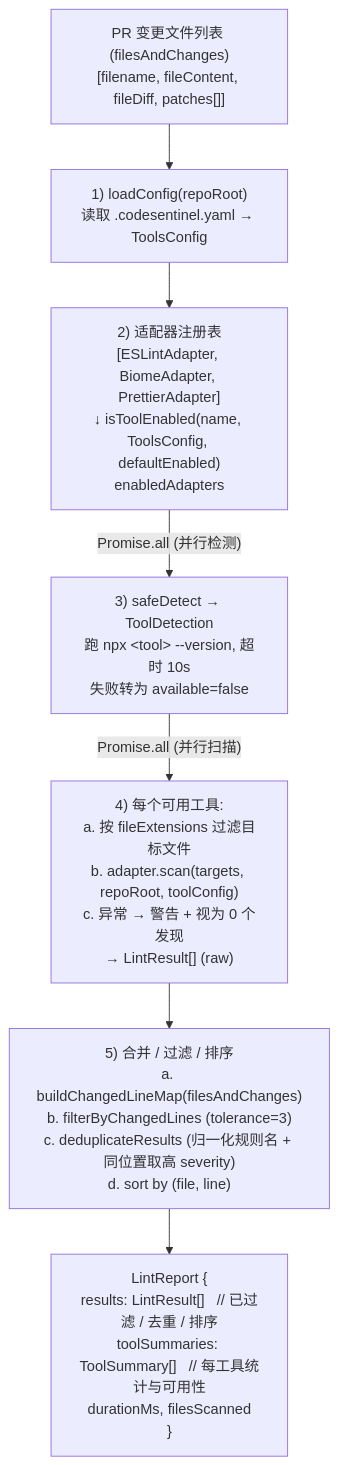
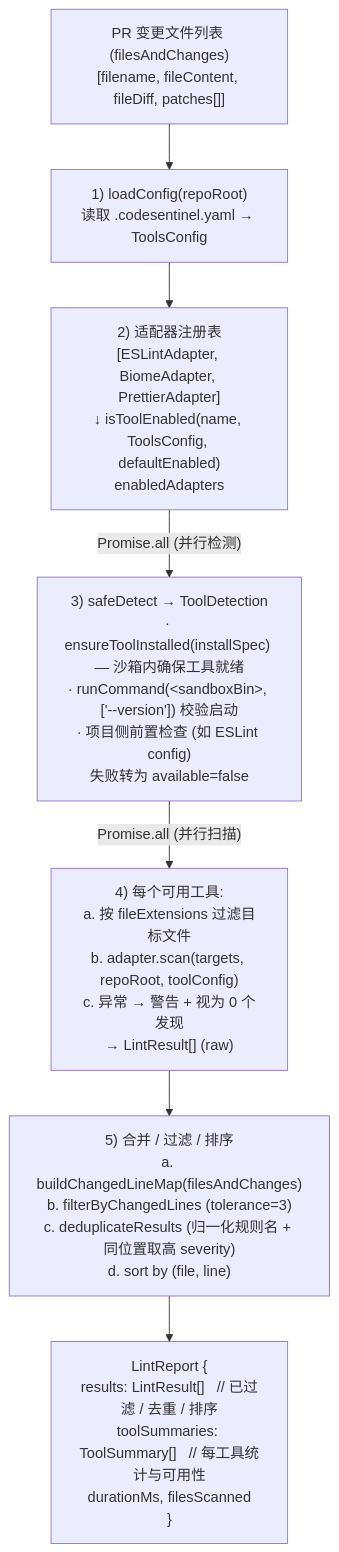
One commit to CodesSentinels/ai-reviewer changed the third of 4 diagrams in docs/06-iteration-linter-sast-design.md. Above: the diagram before and after it, drawn with Mermaid. The commit also changed 1 other file, not shown here.

Commit message:
feat:更新文档

````diff
--- a/docs/06-iteration-linter-sast-design.md
+++ b/docs/06-iteration-linter-sast-design.md
@@ -107,10 +107,10 @@
 ```mermaid
 flowchart TB
   IN["PR 变更文件列表 (filesAndChanges)<br/>[filename, fileContent, fileDiff, patches[]]"]
   IN --> S1["1) loadConfig(repoRoot)<br/>读取 .codesentinel.yaml → ToolsConfig"]
   S1 --> S2["2) 适配器注册表<br/>[ESLintAdapter, BiomeAdapter, PrettierAdapter]<br/>↓ isToolEnabled(name, ToolsConfig, defaultEnabled)<br/>enabledAdapters"]
-  S2 -- "Promise.all (并行检测)" --> S3["3) safeDetect → ToolDetection<br/>跑 npx &lt;tool&gt; --version, 超时 10s<br/>失败转为 available=false"]
+  S2 -- "Promise.all (并行检测)" --> S3["3) safeDetect → ToolDetection<br/>· ensureToolInstalled(installSpec) — 沙箱内确保工具就绪<br/>· runCommand(&lt;sandboxBin&gt;, ['--version']) 校验启动<br/>· 项目侧前置检查 (如 ESLint config)<br/>失败转为 available=false"]
   S3 -- "Promise.all (并行扫描)" --> S4["4) 每个可用工具:<br/>a. 按 fileExtensions 过滤目标文件<br/>b. adapter.scan(targets, repoRoot, toolConfig)<br/>c. 异常 → 警告 + 视为 0 个发现<br/>→ LintResult[] (raw)"]
   S4 --> S5["5) 合并 / 过滤 / 排序<br/>a. buildChangedLineMap(filesAndChanges)<br/>b. filterByChangedLines (tolerance=3)<br/>c. deduplicateResults (归一化规则名 + 同位置取高 severity)<br/>d. sort by (file, line)"]
   S5 --> OUT["LintReport {<br/>results: LintResult[]   // 已过滤 / 去重 / 排序<br/>toolSummaries: ToolSummary[]   // 每工具统计与可用性<br/>durationMs, filesScanned<br/>}"]
 ```
````
